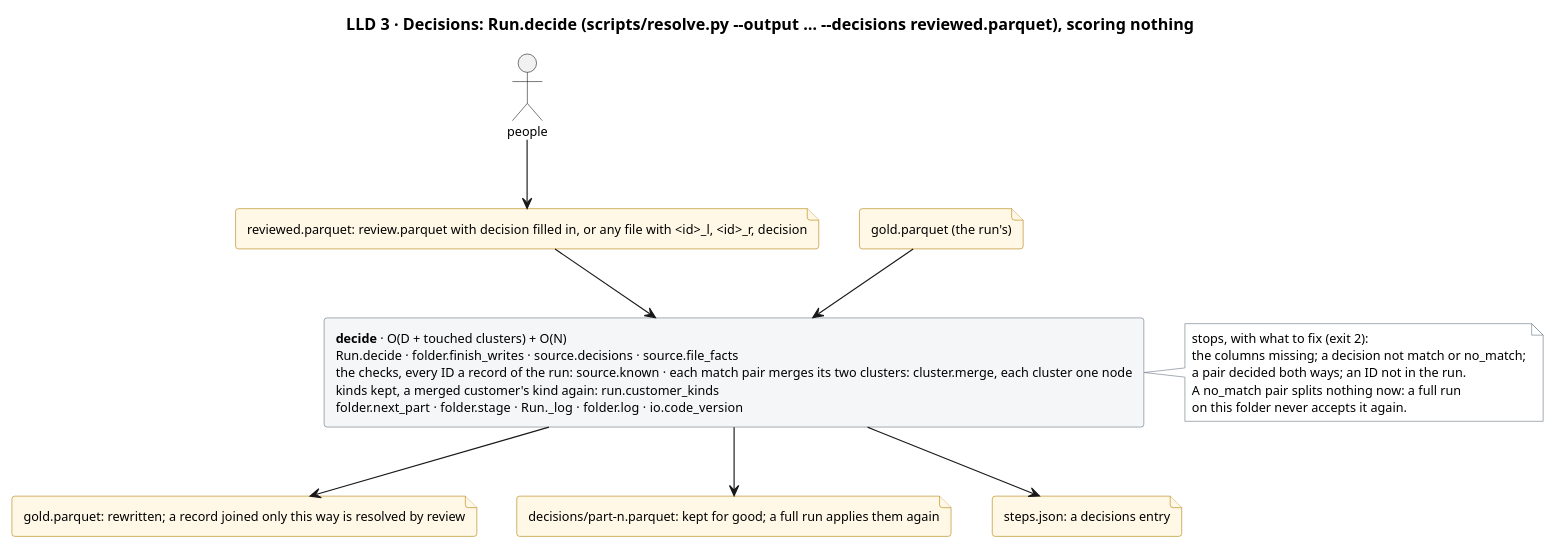
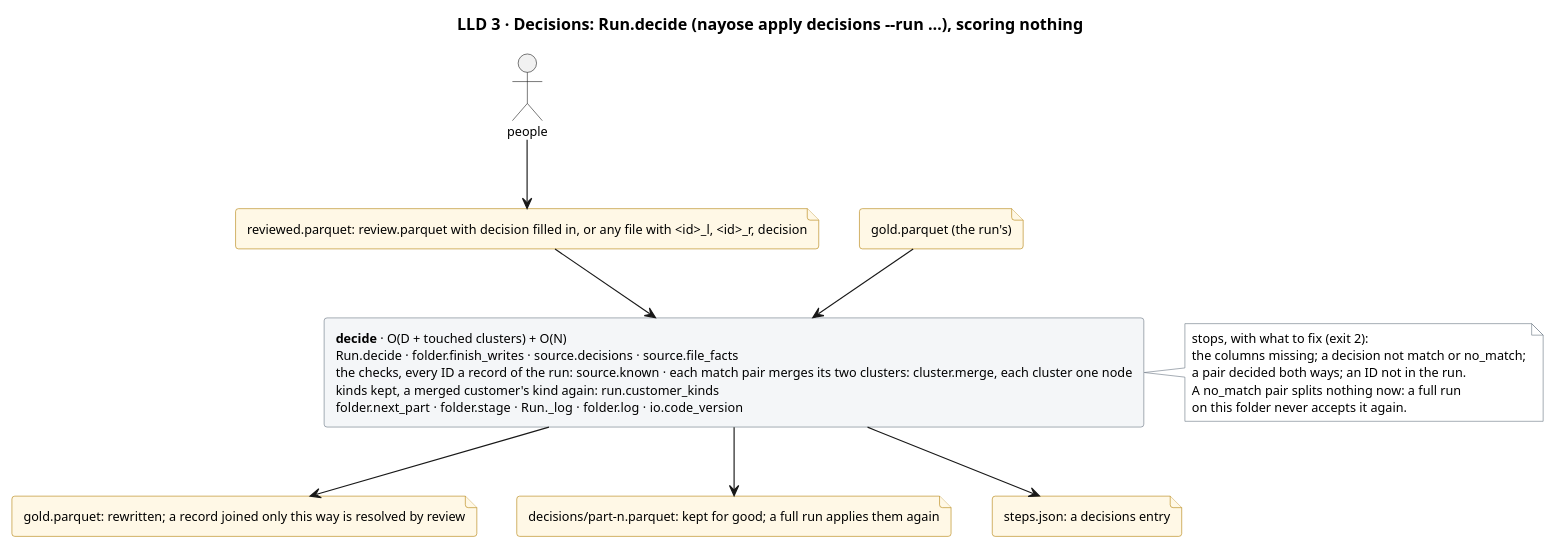
Before and after one commit to mvsbm/entity_matching: the diagram in docs/diagrams/decisions.puml, drawn with PlantUML. The commit also changed 48 other files, not shown here.

```diff
--- a/docs/diagrams/decisions.puml
+++ b/docs/diagrams/decisions.puml
@@ -1,41 +1,41 @@
 @startuml decisions
-title LLD 3 · Decisions: Run.decide (scripts/resolve.py ~--output … ~--decisions reviewed.parquet), scoring nothing
+title LLD 3 · Decisions: Run.decide (nayose apply decisions ~--run …), scoring nothing
 skinparam defaultFontSize 11
 skinparam rectangle {
   BackgroundColor #F4F6F8
   BorderColor #65717E
 }
 skinparam file {
   BackgroundColor #FFF8E6
   BorderColor #B07D00
 }
 skinparam note {
   BackgroundColor #FFFFFF
   BorderColor #65717E
 }
 
 actor "people" as people
 file "reviewed.parquet: review.parquet with decision filled in, or any file with <id>_l, <id>_r, decision" as f_decided
 file "gold.parquet (the run's)" as f_gold_in
 
 rectangle "<b>decide</b> · O(D + touched clusters) + O(N)\nRun.decide · folder.finish_writes · source.decisions · source.file_facts\nthe checks, every ID a record of the run: source.known · each match pair merges its two clusters: cluster.merge, each cluster one node\nkinds kept, a merged customer's kind again: run.customer_kinds\nfolder.next_part · folder.stage · Run._log · folder.log · io.code_version" as decide
 
 note right of decide
   stops, with what to fix (exit 2):
   the columns missing; a decision not match or no_match;
   a pair decided both ways; an ID not in the run.
   A no_match pair splits nothing now: a full run
   on this folder never accepts it again.
 end note
 
 file "gold.parquet: rewritten; a record joined only this way is resolved by review" as f_gold_out
 file "decisions/part-n.parquet: kept for good; a full run applies them again" as f_kept
 file "steps.json: a decisions entry" as f_steps
 
 people --> f_decided
 f_decided --> decide
 f_gold_in --> decide
 decide --> f_gold_out
 decide --> f_kept
 decide --> f_steps
 @enduml
```
